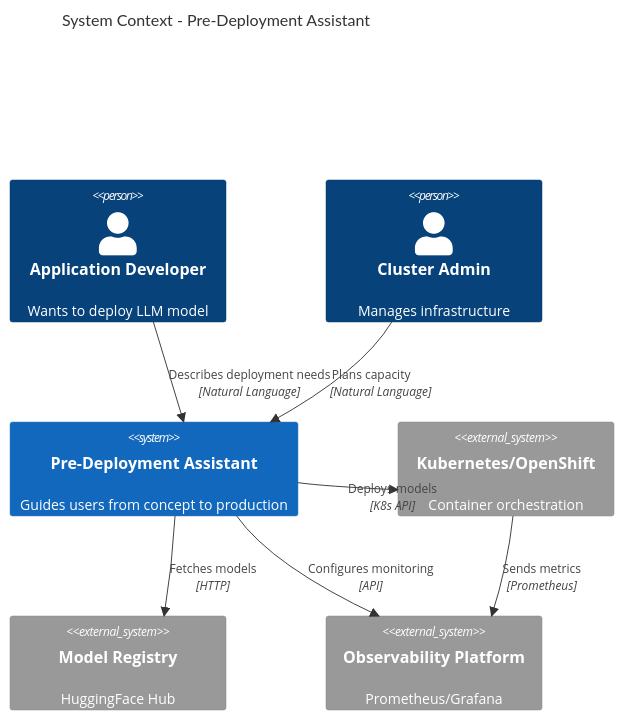
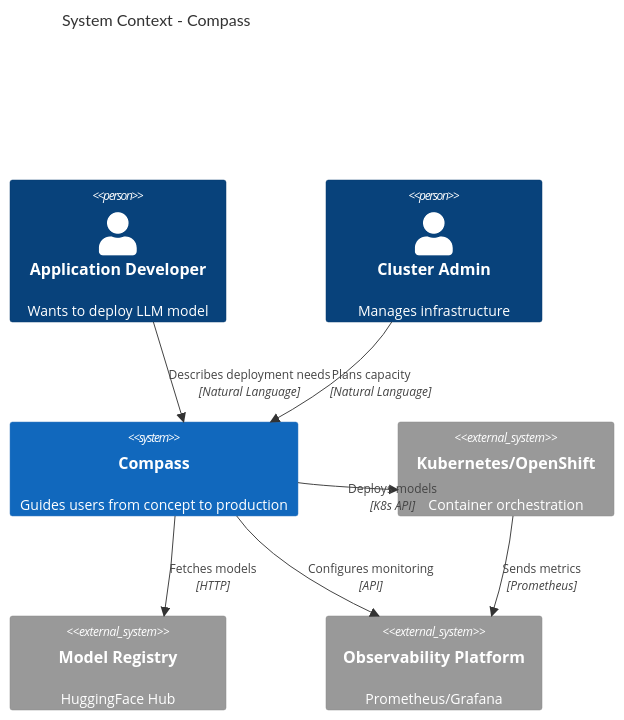
One commit to redhat-et/compass changed the second of 5 diagrams in docs/architecture-diagram.md. Above: the diagram before and after it, drawn with Mermaid. The commit also changed other lines of this file and 2 other files, not shown here.

Commit message:
Replace some ligering instances of "assistant" with "Compass"

````diff
--- a/docs/architecture-diagram.md
+++ b/docs/architecture-diagram.md
@@ -175,20 +175,20 @@
 ```mermaid
 C4Context
-    title System Context - Pre-Deployment Assistant
+    title System Context - Compass
 
     Person(dev, "Application Developer", "Wants to deploy LLM model")
     Person(admin, "Cluster Admin", "Manages infrastructure")
 
-    System(assistant, "Pre-Deployment Assistant", "Guides users from concept to production")
+    System(assistant, "Compass", "Guides users from concept to production")
 
     System_Ext(k8s, "Kubernetes/OpenShift", "Container orchestration")
     System_Ext(registry, "Model Registry", "HuggingFace Hub")
     System_Ext(obs, "Observability Platform", "Prometheus/Grafana")
 
     Rel(dev, assistant, "Describes deployment needs", "Natural Language")
     Rel(admin, assistant, "Plans capacity", "Natural Language")
     Rel(assistant, k8s, "Deploys models", "K8s API")
     Rel(assistant, registry, "Fetches models", "HTTP")
     Rel(assistant, obs, "Configures monitoring", "API")
     Rel(k8s, obs, "Sends metrics", "Prometheus")
 ```
````
